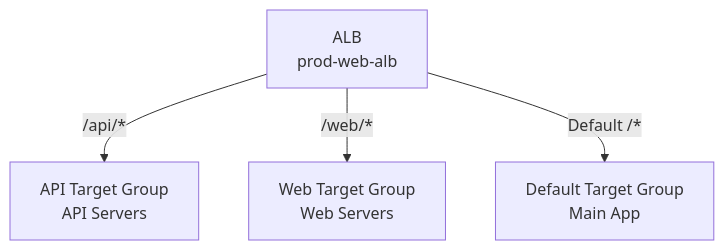
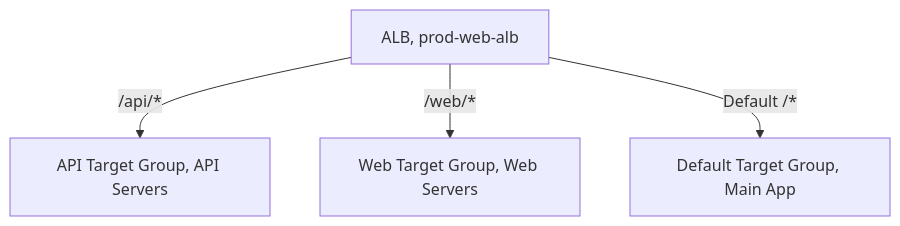
One commit to DeeptiShuklaProject/Uday_AWS changed the fifth of 5 diagrams in Chapter_18_Elastic_Load_Balancing.md. Above: the diagram before and after it, drawn with Mermaid. The commit also changed other lines of this file and 34 other files, not shown here.

Commit message:
Fix mermaid diagrams syntax across all chapters (quote labels and remove HTML)

````diff
--- a/Chapter_18_Elastic_Load_Balancing.md
+++ b/Chapter_18_Elastic_Load_Balancing.md
@@ -833,6 +833,6 @@
 ```mermaid
 flowchart TD
-    ALB[ALB<br>prod-web-alb] -->|/api/*| API_TG[API Target Group<br>API Servers]
-    ALB -->|/web/*| Web_TG[Web Target Group<br>Web Servers]
-    ALB -->|Default /*| Default_TG[Default Target Group<br>Main App]
+    ALB["ALB, prod-web-alb"] -->|/api/*| API_TG["API Target Group, API Servers"]
+    ALB -->|/web/*| Web_TG["Web Target Group, Web Servers"]
+    ALB -->|Default /*| Default_TG["Default Target Group, Main App"]
 ```
````
